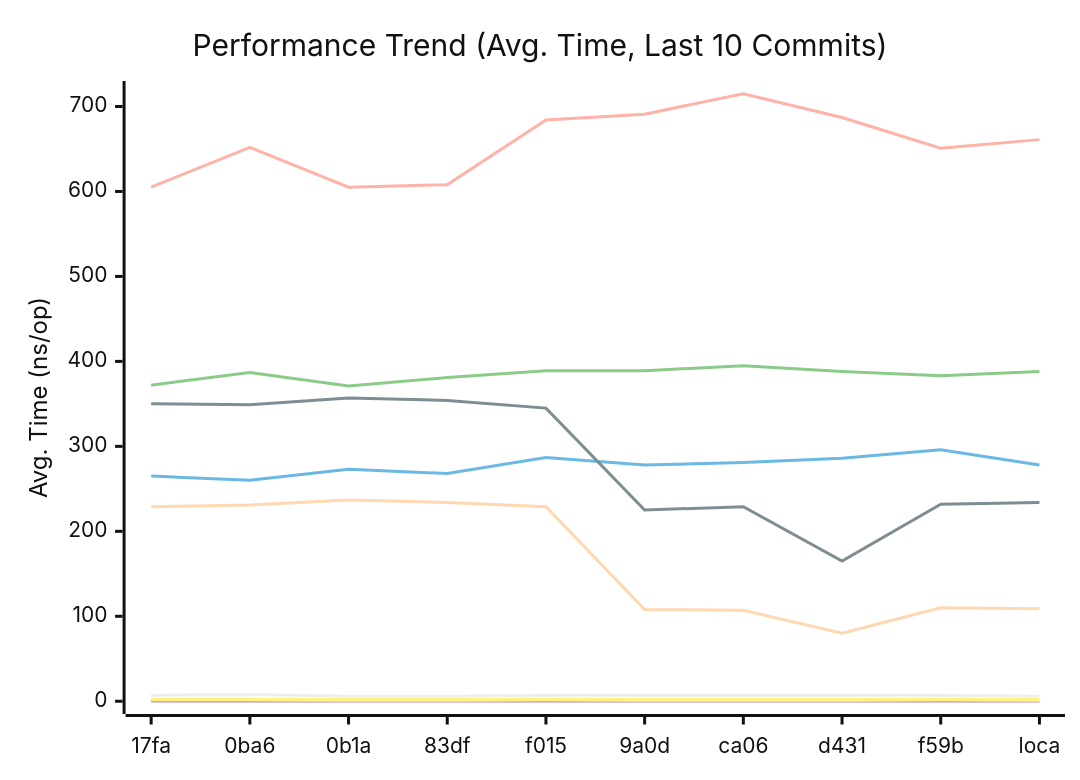
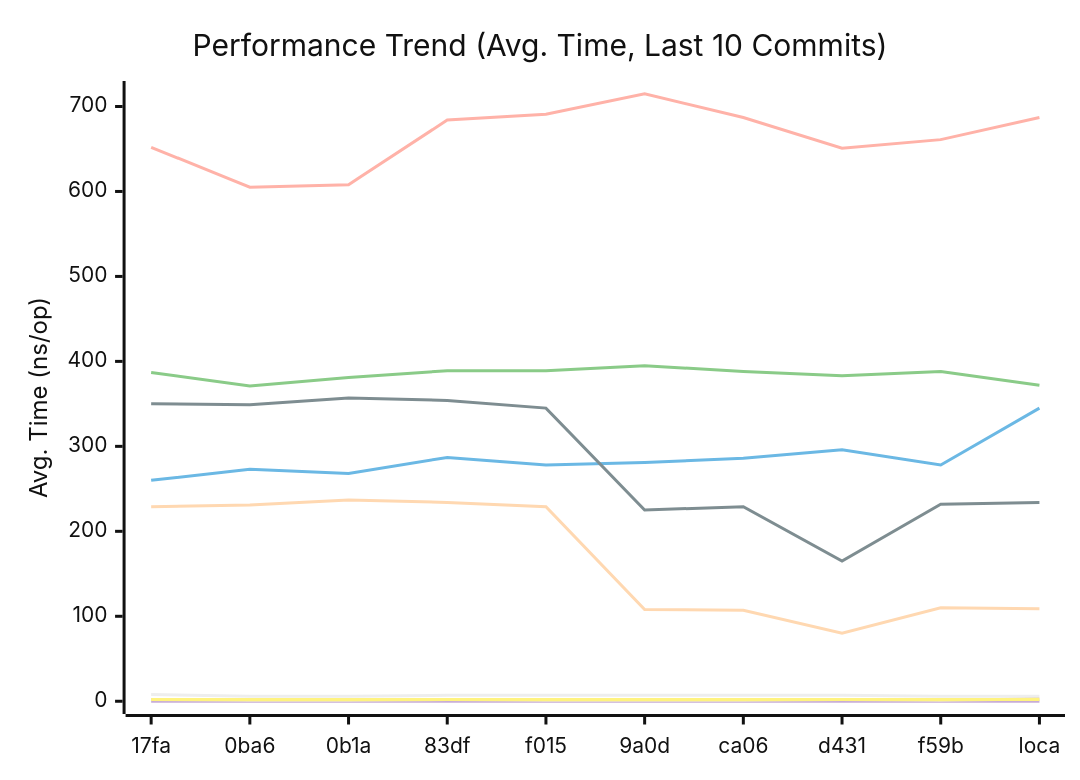
The first of 3 diagrams in docs/PERFORMANCE.md (alsotoes/momo), drawn with Mermaid (neutral theme) before and after one commit. The commit also changed other lines of this file and 3 other files, not shown here.

````diff
--- a/docs/PERFORMANCE.md
+++ b/docs/PERFORMANCE.md
@@ -80,16 +80,16 @@
 ```mermaid
 xychart-beta
     title "Performance Trend (Avg. Time, Last 10 Commits)"
     x-axis "Commit"
     y-axis "Avg. Time (ns/op)"
     x-axis [17fa,0ba6,0b1a,83df,f015,9a0d,ca06,d431,f59b,loca]
-    line "CheckMetricsAndSwap" [7,8,6,6,7,7,7,7,7,6]
-    line "CrushOptimized" [265,260,273,268,287,278,281,286,296,278]
-    line "CrushOriginal" [372,387,371,381,389,389,395,388,383,388]
+    line "CheckMetricsAndSwap" [8,6,6,7,7,7,7,7,6,6]
+    line "CrushOptimized" [260,273,268,287,278,281,286,296,278,345]
+    line "CrushOriginal" [387,371,381,389,389,395,388,383,388,372]
     line "IndexDirectTracking" [0,0,0,0,0,0,0,0,0,0]
-    line "IndexSearch" [2,2,1,1,2,1,1,1,2,1]
-    line "LoadGlobalConfig" [605,652,605,608,684,691,715,687,651,661]
+    line "IndexSearch" [2,1,1,2,1,1,1,2,1,3]
+    line "LoadGlobalConfig" [652,605,608,684,691,715,687,651,661,687]
     line "PadString" [2,2,2,2,2,2,2,2,2,2]
     line "ParseReplicationOrder_NoPrealloc" [350,349,357,354,345,225,229,165,232,234]
     line "ParseReplicationOrder_Prealloc" [229,231,237,234,229,108,107,80,110,109]
 ```
````
